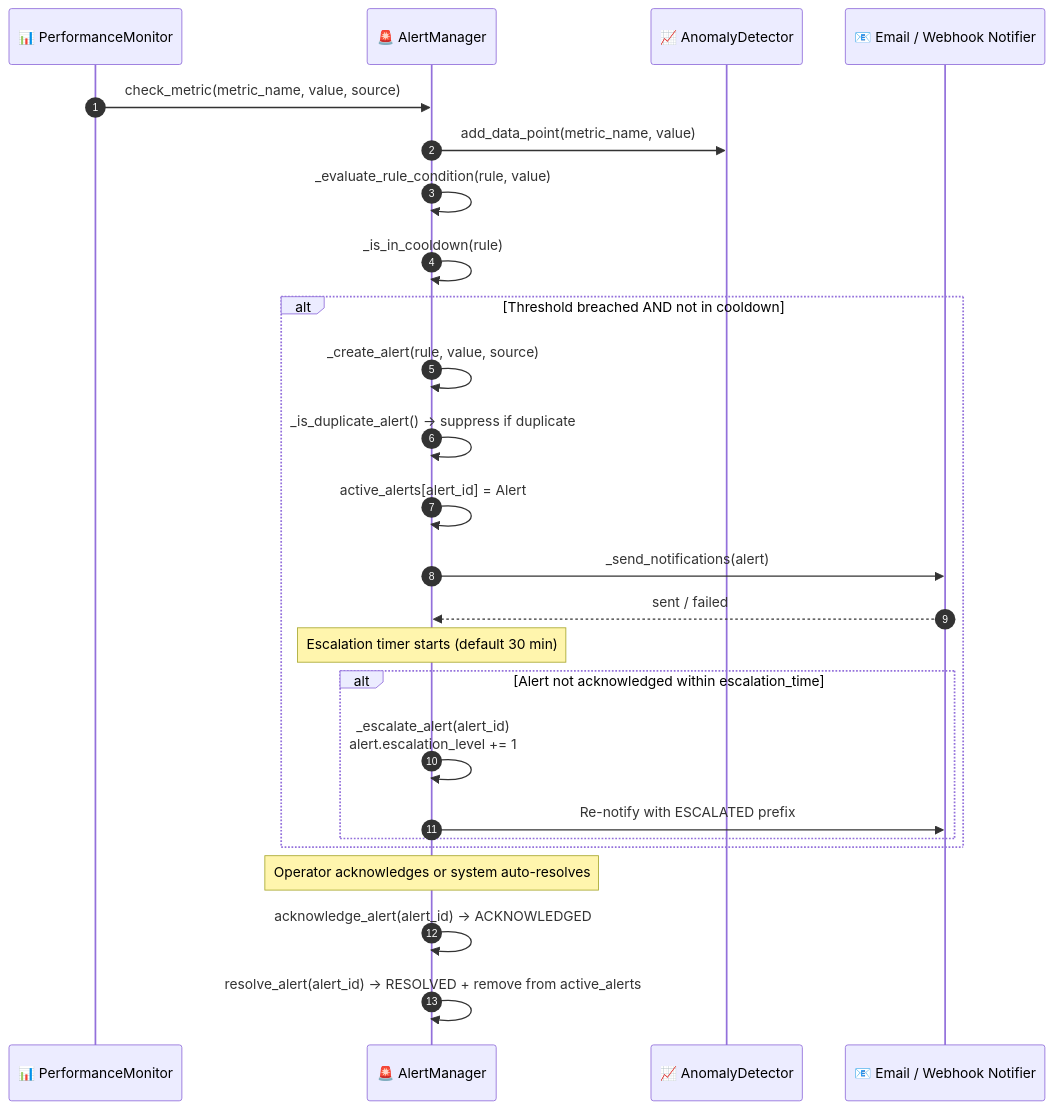
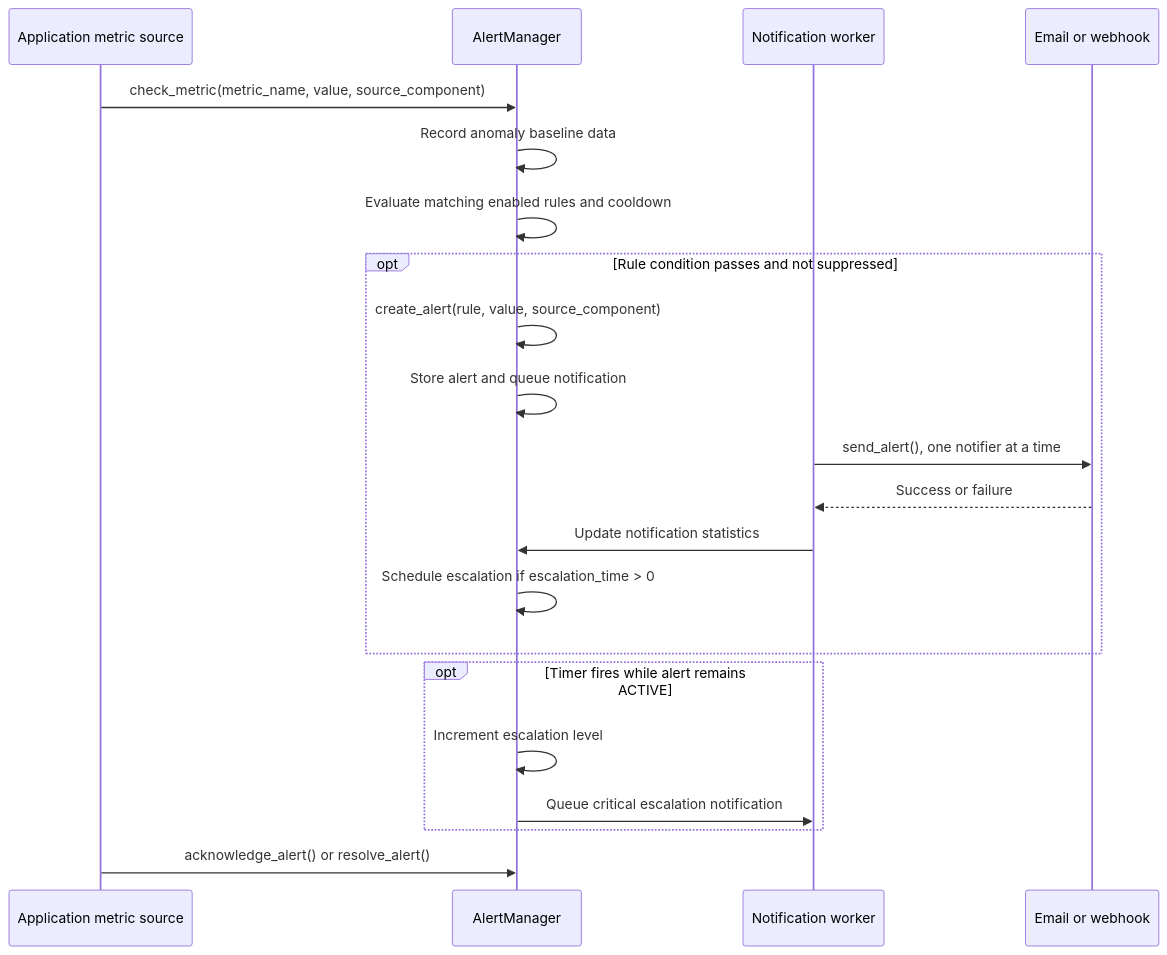
Before and after one commit to VanDung-dev/HieraChain: the diagram in docs/en/workflows/risk-alerts.md, drawn with Mermaid. The commit also changed other lines of this file and 158 other files, not shown here.

````diff
--- a/docs/en/workflows/risk-alerts.md
+++ b/docs/en/workflows/risk-alerts.md
@@ -17,33 +17,23 @@
 ```mermaid
 sequenceDiagram
-    autonumber
-    participant PM as 📊 PerformanceMonitor
-    participant AM as 🚨 AlertManager
-    participant AD as 📈 AnomalyDetector
-    participant NTF as 📧 Email / Webhook Notifier
-
-    PM->>AM: check_metric(metric_name, value, source)
-    AM->>AD: add_data_point(metric_name, value)
-    AM->>AM: _evaluate_rule_condition(rule, value)
-    AM->>AM: _is_in_cooldown(rule)
-
-    alt Threshold breached AND not in cooldown
-        AM->>AM: _create_alert(rule, value, source)
-        AM->>AM: _is_duplicate_alert() → suppress if duplicate
-        AM->>AM: active_alerts[alert_id] = Alert
-        AM->>NTF: _send_notifications(alert)
-        NTF-->>AM: sent / failed
-
-        Note over AM: Escalation timer starts (default 30 min)
-
-        alt Alert not acknowledged within escalation_time
-            AM->>AM: _escalate_alert(alert_id)<br/>alert.escalation_level += 1
-            AM->>NTF: Re-notify with ESCALATED prefix
-        end
+    participant App as Application metric source
+    participant AM as AlertManager
+    participant Worker as Notification worker
+    participant Notifier as Email or webhook
+    App->>AM: check_metric(metric_name, value, source_component)
+    AM->>AM: Record anomaly baseline data
+    AM->>AM: Evaluate matching enabled rules and cooldown
+    opt Rule condition passes and not suppressed
+        AM->>AM: create_alert(rule, value, source_component)
+        AM->>AM: Store alert and queue notification
+        Worker->>Notifier: send_alert(), one notifier at a time
+        Notifier-->>Worker: Success or failure
+        Worker->>AM: Update notification statistics
+        AM->>AM: Schedule escalation if escalation_time > 0
     end
-
-    Note over AM: Operator acknowledges or system auto-resolves
-
-    AM->>AM: acknowledge_alert(alert_id) → ACKNOWLEDGED
-    AM->>AM: resolve_alert(alert_id) → RESOLVED + remove from active_alerts
+    opt Timer fires while alert remains ACTIVE
+        AM->>AM: Increment escalation level
+        AM->>Worker: Queue critical escalation notification
+    end
+    App->>AM: acknowledge_alert() or resolve_alert()
 ```
````
